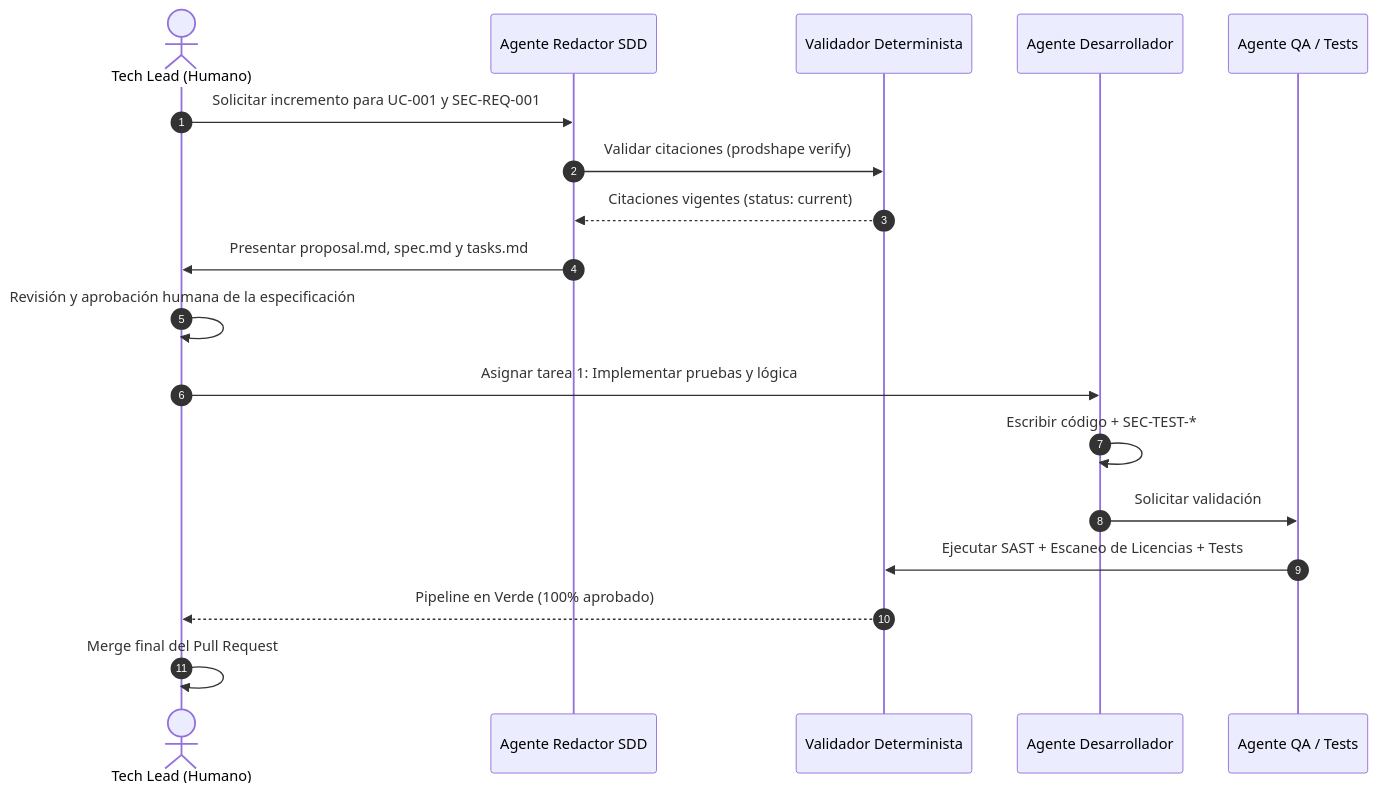
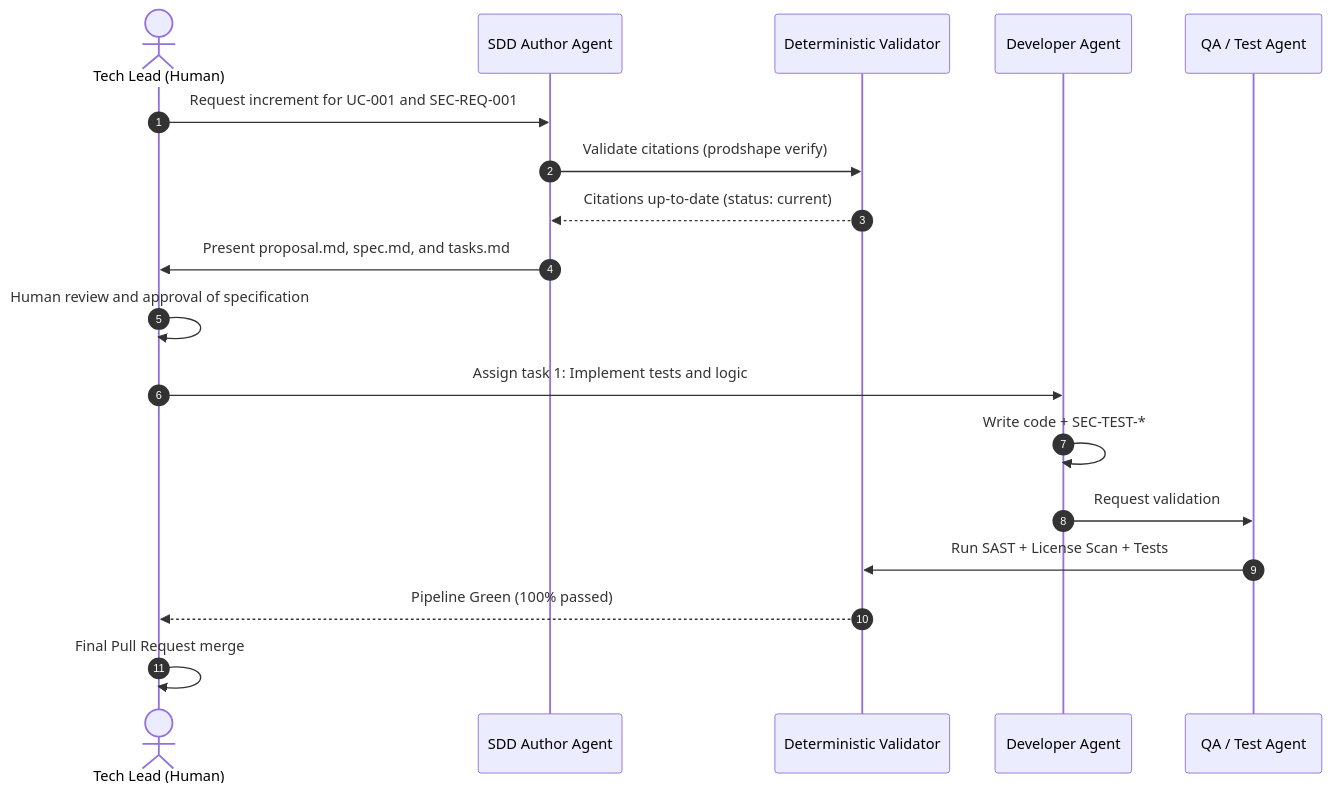
The diagram in process/06_spec_driven_development.md (altromon/AI-SDLC), drawn with Mermaid before and after one commit. The commit also changed other lines of this file and 125 other files, not shown here.

````diff
--- a/process/06_spec_driven_development.md
+++ b/process/06_spec_driven_development.md
@@ -76,21 +75,21 @@
 ```mermaid
 sequenceDiagram
     autonumber
-    actor Dev as Tech Lead (Humano)
-    participant SpecAgent as Agente Redactor SDD
-    participant Gate as Validador Determinista
-    participant CodeAgent as Agente Desarrollador
-    participant QA as Agente QA / Tests
+    actor Dev as Tech Lead (Human)
+    participant SpecAgent as SDD Author Agent
+    participant Gate as Deterministic Validator
+    participant CodeAgent as Developer Agent
+    participant QA as QA / Test Agent
 
-    Dev->>SpecAgent: Solicitar incremento para UC-001 y SEC-REQ-001
-    SpecAgent->>Gate: Validar citaciones (prodshape verify)
-    Gate-->>SpecAgent: Citaciones vigentes (status: current)
-    SpecAgent->>Dev: Presentar proposal.md, spec.md y tasks.md
-    Dev->>Dev: Revisión y aprobación humana de la especificación
-    Dev->>CodeAgent: Asignar tarea 1: Implementar pruebas y lógica
-    CodeAgent->>CodeAgent: Escribir código + SEC-TEST-*
-    CodeAgent->>QA: Solicitar validación
-    QA->>Gate: Ejecutar SAST + Escaneo de Licencias + Tests
-    Gate-->>Dev: Pipeline en Verde (100% aprobado)
-    Dev->>Dev: Merge final del Pull Request
+    Dev->>SpecAgent: Request increment for UC-001 and SEC-REQ-001
+    SpecAgent->>Gate: Validate citations (prodshape verify)
+    Gate-->>SpecAgent: Citations up-to-date (status: current)
+    SpecAgent->>Dev: Present proposal.md, spec.md, and tasks.md
+    Dev->>Dev: Human review and approval of specification
+    Dev->>CodeAgent: Assign task 1: Implement tests and logic
+    CodeAgent->>CodeAgent: Write code + SEC-TEST-*
+    CodeAgent->>QA: Request validation
+    QA->>Gate: Run SAST + License Scan + Tests
+    Gate-->>Dev: Pipeline Green (100% passed)
+    Dev->>Dev: Final Pull Request merge
 ```
````
